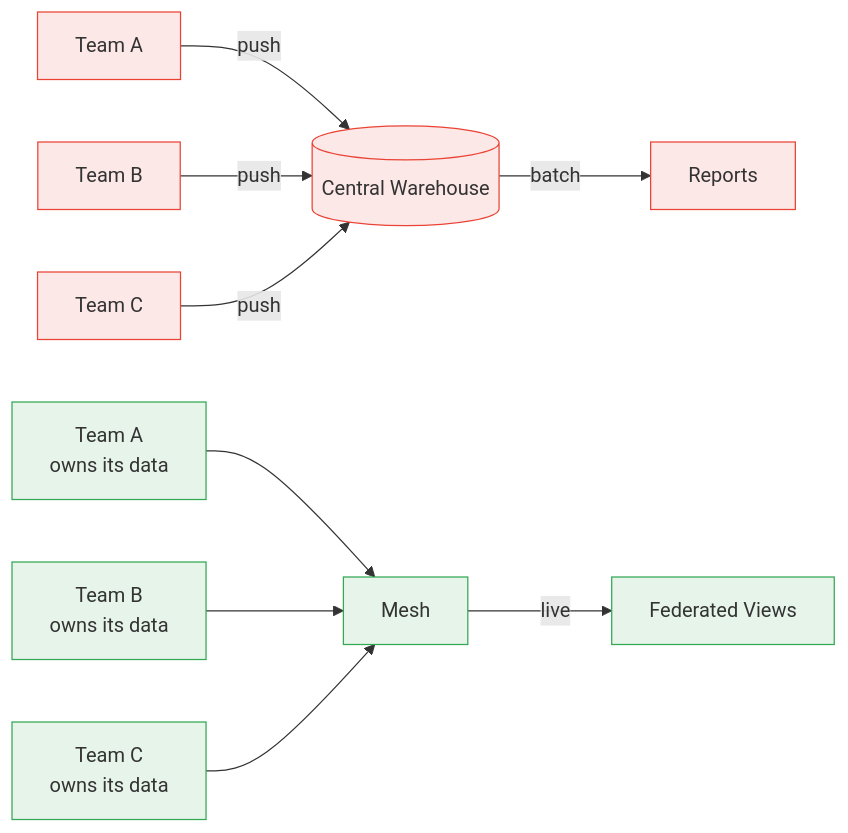
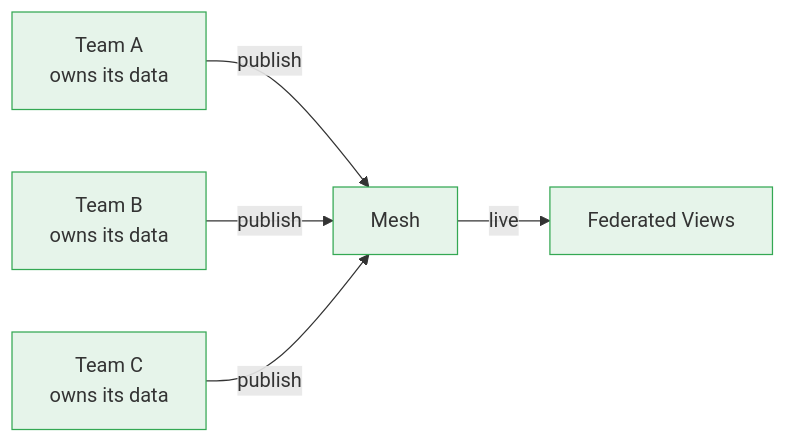
The second of 12 diagrams in samples/Graph/Data/FutuRe/WhyDataMesh.md (Systemorph/MeshWeaver), drawn with Mermaid before and after one commit. The commit also changed other lines of this file and 31 other files, not shown here.

````diff
--- a/samples/Graph/Data/FutuRe/WhyDataMesh.md
+++ b/samples/Graph/Data/FutuRe/WhyDataMesh.md
@@ -17,17 +32,10 @@
 ```mermaid
 graph LR
-    T1[Team A] -->|push| DW[(Central Warehouse)]
-    T2[Team B] -->|push| DW
-    T3[Team C] -->|push| DW
-    DW -->|batch| R[Reports]
-
-    D1[Team A<br/>owns its data] --> MESH[Mesh]
-    D2[Team B<br/>owns its data] --> MESH
-    D3[Team C<br/>owns its data] --> MESH
+    D1[Team A<br/>owns its data] -->|publish| MESH[Mesh]
+    D2[Team B<br/>owns its data] -->|publish| MESH
+    D3[Team C<br/>owns its data] -->|publish| MESH
     MESH -->|live| V[Federated Views]
 
-    classDef trad fill:#fce8e6,stroke:#ea4335,color:#333
     classDef mesh fill:#e6f4ea,stroke:#34a853,color:#333
-    class T1,T2,T3,DW,R trad
     class D1,D2,D3,MESH,V mesh
 ```
````
